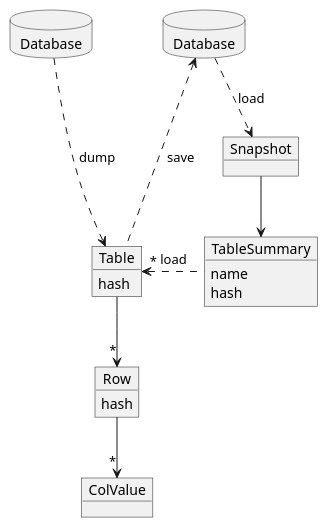
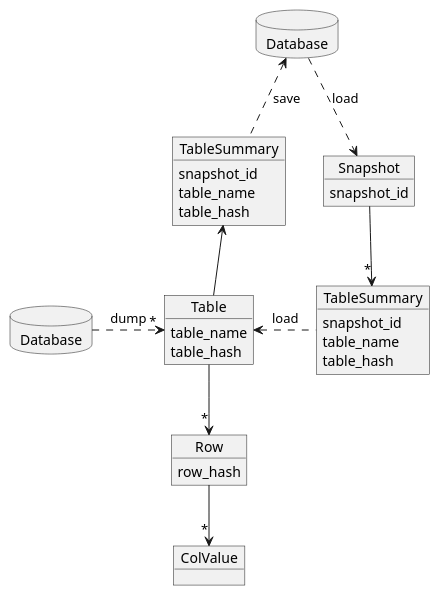
Before and after one commit to suzuki-hoge/table-snapshot: the diagram in doc/struct.puml, drawn with PlantUML. The commit also changed 47 other files, not shown here.

```diff
--- a/doc/struct.puml
+++ b/doc/struct.puml
@@ -1,38 +1,49 @@
 @startuml
 
 object Table {
-    hash
+    table_name
+    table_hash
 }
 
 object Row {
-    hash
+    row_hash
 }
 
 object ColValue
 
 database "Database" as DB1 {
 }
 
 database "Database" as DB2 {
 }
 
-DB1 .d..> Table : dump
+object "TableSummary" as TS1 {
+    snapshot_id
+    table_name
+    table_hash
+}
+
+DB1 .r..> "*" Table : dump
 Table -d-> "*" Row
 Row -d-> "*" ColValue
 
-Table .u.> DB2 : save
+Table -u-> TS1
+TS1 .u.> DB2 : save
 
-object Snapshot
+object Snapshot {
+    snapshot_id
+}
 
 DB2 .d.> Snapshot : load
 
-object TableSummary {
-    name
-    hash
+object "TableSummary" as TS2 {
+    snapshot_id
+    table_name
+    table_hash
 }
 
-Snapshot -d-> TableSummary
-TableSummary .l.> "*" Table : load
+Snapshot -d-> "*" TS2
+TS2 .l.> Table : load
 
 
 @enduml
```
